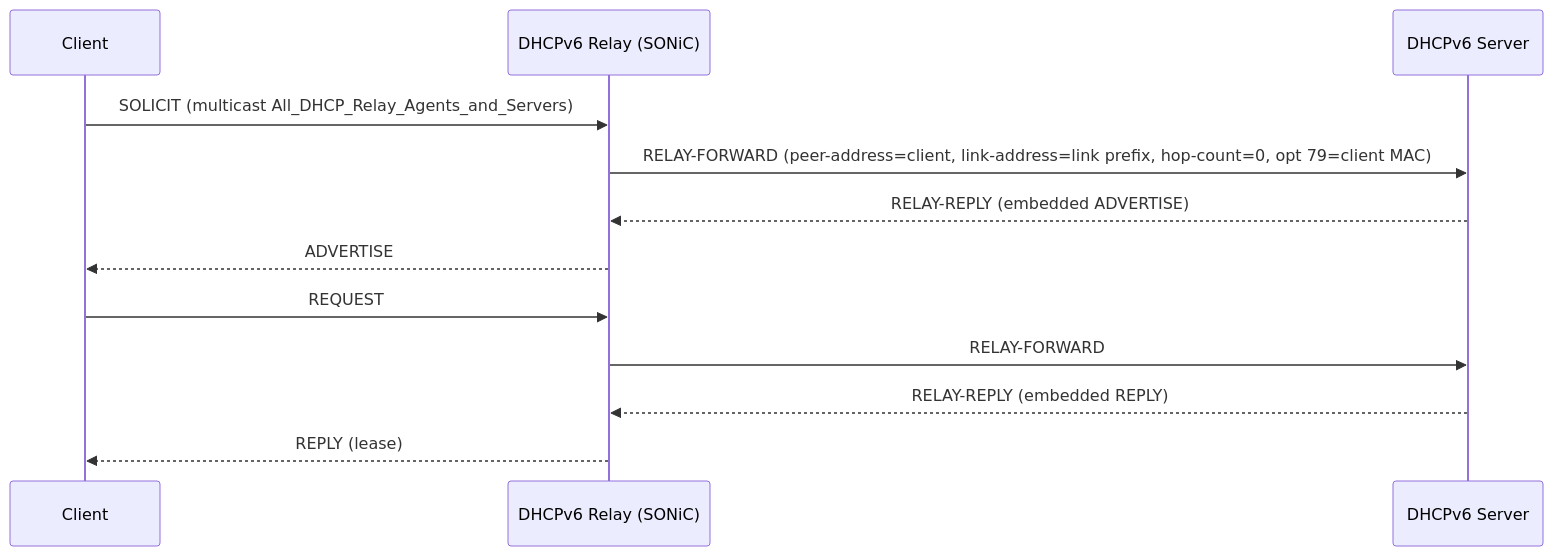
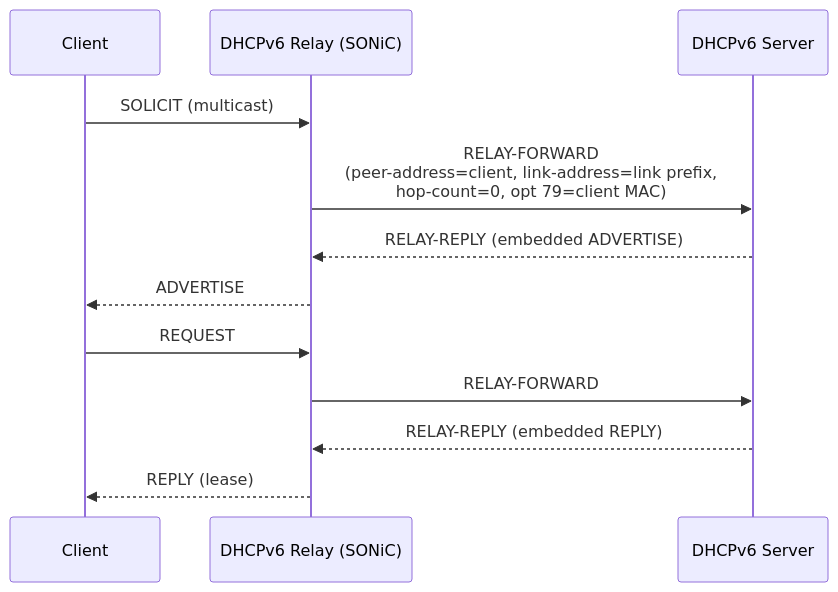
Before and after one commit to aoki-taquan/sonic-unofficial-docs: the diagram in docs/architecture/dhcpv6-relay-agent.md, drawn with Mermaid. The commit also changed other lines of this file and 4 other files, not shown here.

First line of the commit message:
[quality] HLD architecture 5 件 再構成

````diff
--- a/docs/architecture/dhcpv6-relay-agent.md
+++ b/docs/architecture/dhcpv6-relay-agent.md
@@ -38,14 +41,14 @@
 ```mermaid
 sequenceDiagram
     participant C as Client
     participant R as DHCPv6 Relay (SONiC)
     participant S as DHCPv6 Server
-    C->>R: SOLICIT (multicast All_DHCP_Relay_Agents_and_Servers)
-    R->>S: RELAY-FORWARD (peer-address=client, link-address=link prefix, hop-count=0, opt 79=client MAC)
+    C->>R: SOLICIT (multicast)
+    R->>S: RELAY-FORWARD<br/>(peer-address=client, link-address=link prefix,<br/>hop-count=0, opt 79=client MAC)
     S-->>R: RELAY-REPLY (embedded ADVERTISE)
     R-->>C: ADVERTISE
     C->>R: REQUEST
     R->>S: RELAY-FORWARD
     S-->>R: RELAY-REPLY (embedded REPLY)
     R-->>C: REPLY (lease)
 ```
````
